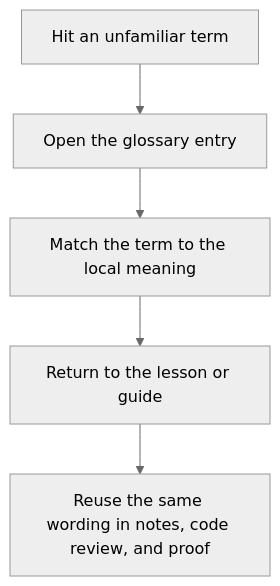
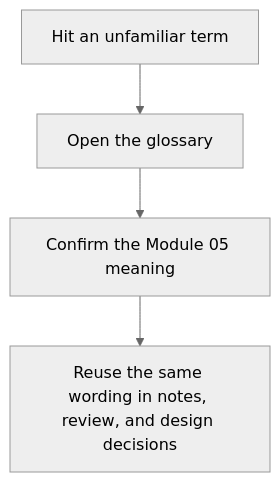
The second of 2 diagrams in programs/python-programming/python-meta-programming/course-book/module-05-decorator-design-policies-typing/glossary.md (bijux/bijux-masterclass), drawn with Mermaid (neutral theme) before and after one commit. The commit also changed other lines of this file and 8 other files, not shown here.

Commit message:
docs(module-05): complete the glossary and lesson navigation

````diff
--- a/programs/python-programming/python-meta-programming/course-book/module-05-decorator-design-policies-typing/glossary.md
+++ b/programs/python-programming/python-meta-programming/course-book/module-05-decorator-design-policies-typing/glossary.md
@@ -15,7 +14,6 @@
 ```mermaid
 flowchart TD
-  pressure["Hit an unfamiliar term"] --> lookup["Open the glossary entry"]
-  lookup --> confirm["Match the term to the local meaning"]
-  confirm --> return["Return to the lesson or guide"]
-  return --> reuse["Reuse the same wording in notes, code review, and proof"]
+  unknown["Hit an unfamiliar term"] --> lookup["Open the glossary"]
+  lookup --> local["Confirm the Module 05 meaning"]
+  local --> reuse["Reuse the same wording in notes, review, and design decisions"]
 ```
````
